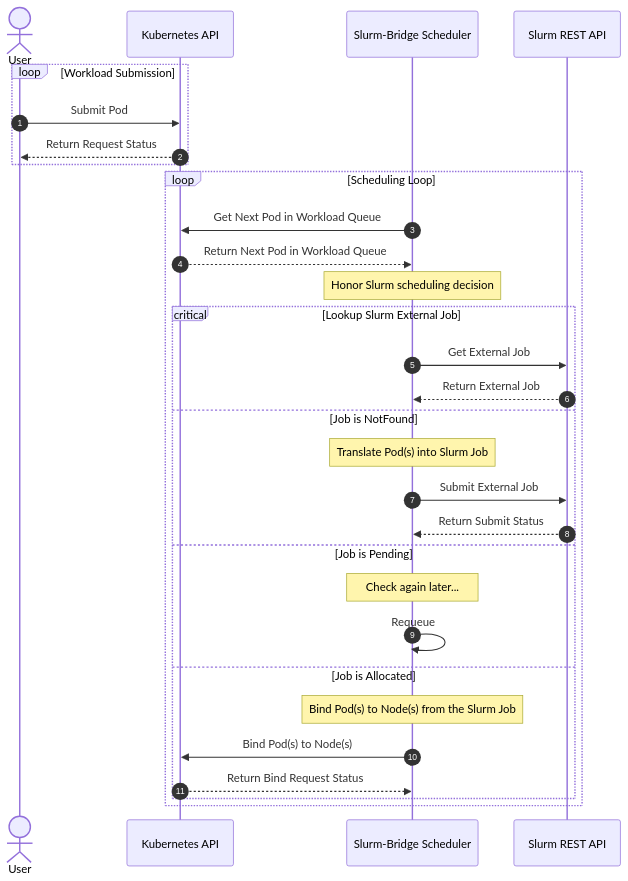
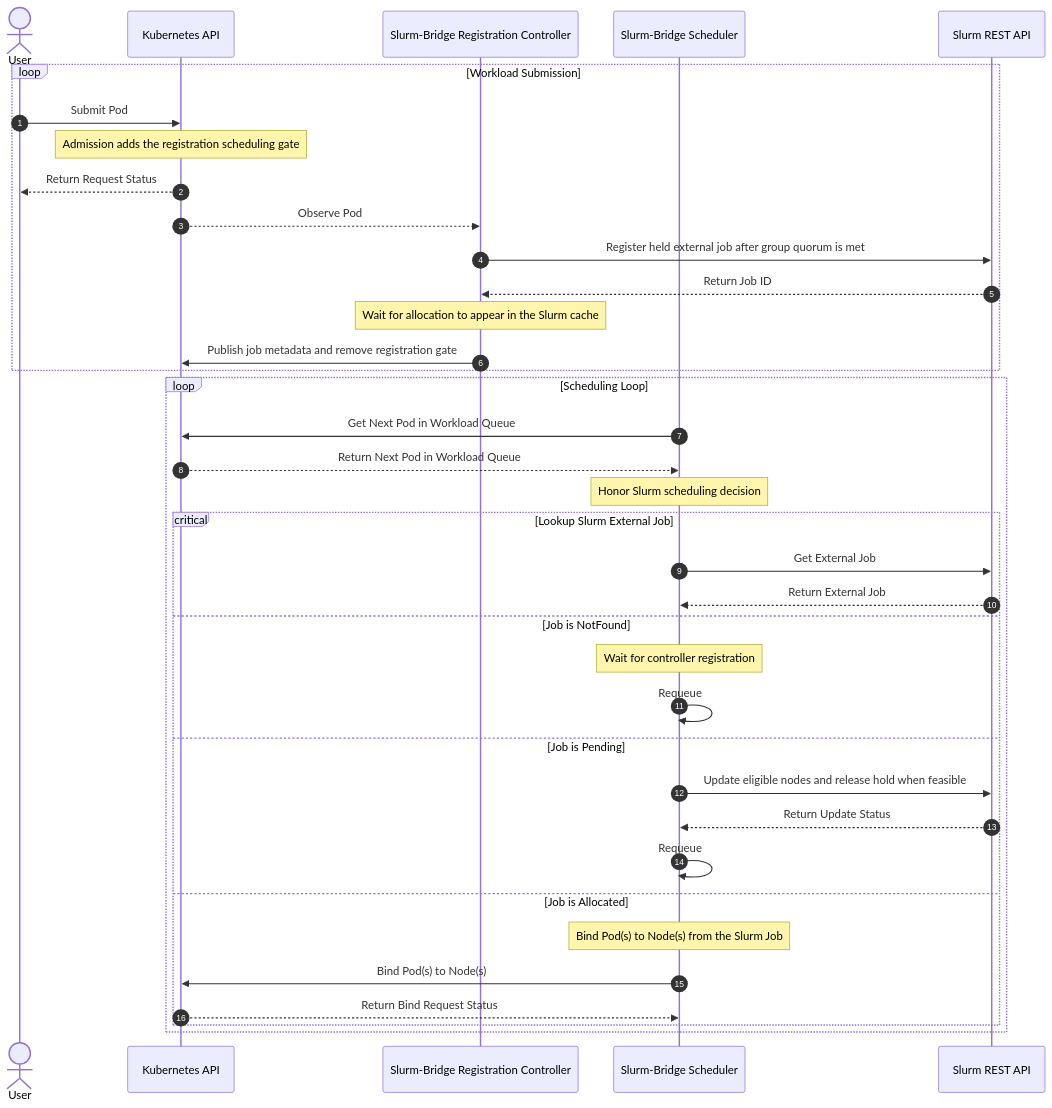
The diagram in docs/scheduler.md (SlinkyProject/slurm-bridge), drawn with Mermaid before and after one commit. The commit also changed other lines of this file and 3 other files, not shown here.

First line of the commit message:
docs: correct Slurm registration and allocation lifecycle

````diff
--- a/docs/scheduler.md
+++ b/docs/scheduler.md
@@ -42,36 +42,43 @@
 ```mermaid
 sequenceDiagram
   autonumber
 
   actor user as User
   participant KAPI as Kubernetes API
+  participant SBC as Slurm-Bridge Registration Controller
   participant SBS as Slurm-Bridge Scheduler
   participant SAPI as Slurm REST API
 
   loop Workload Submission
     user->>KAPI: Submit Pod
+    note over KAPI: Admission adds the registration scheduling gate
     KAPI-->>user: Return Request Status
+    KAPI-->>SBC: Observe Pod
+    SBC->>SAPI: Register held external job after group quorum is met
+    SAPI-->>SBC: Return Job ID
+    note over SBC: Wait for allocation to appear in the Slurm cache
+    SBC->>KAPI: Publish job metadata and remove registration gate
   end %% loop Workload Submission
 
   loop Scheduling Loop
     SBS->>KAPI: Get Next Pod in Workload Queue
     KAPI-->>SBS: Return Next Pod in Workload Queue
 
     note over SBS: Honor Slurm scheduling decision
     critical Lookup Slurm External Job
       SBS->>SAPI: Get External Job
       SAPI-->>SBS: Return External Job
     option Job is NotFound
-      note over SBS: Translate Pod(s) into Slurm Job
-      SBS->>SAPI: Submit External Job
-      SAPI-->>SBS: Return Submit Status
+      note over SBS: Wait for controller registration
+      SBS->>SBS: Requeue
     option Job is Pending
-      note over SBS: Check again later...
+      SBS->>SAPI: Update eligible nodes and release hold when feasible
+      SAPI-->>SBS: Return Update Status
       SBS->>SBS: Requeue
     option Job is Allocated
       note over SBS: Bind Pod(s) to Node(s) from the Slurm Job
       SBS->>KAPI: Bind Pod(s) to Node(s)
       KAPI-->>SBS: Return Bind Request Status
     end %% Lookup Slurm External Job
   end %% loop Scheduling Loop
 ```
````
